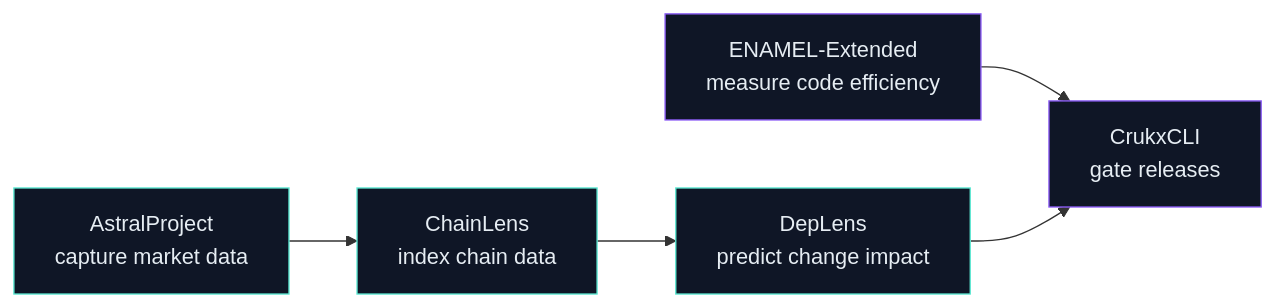
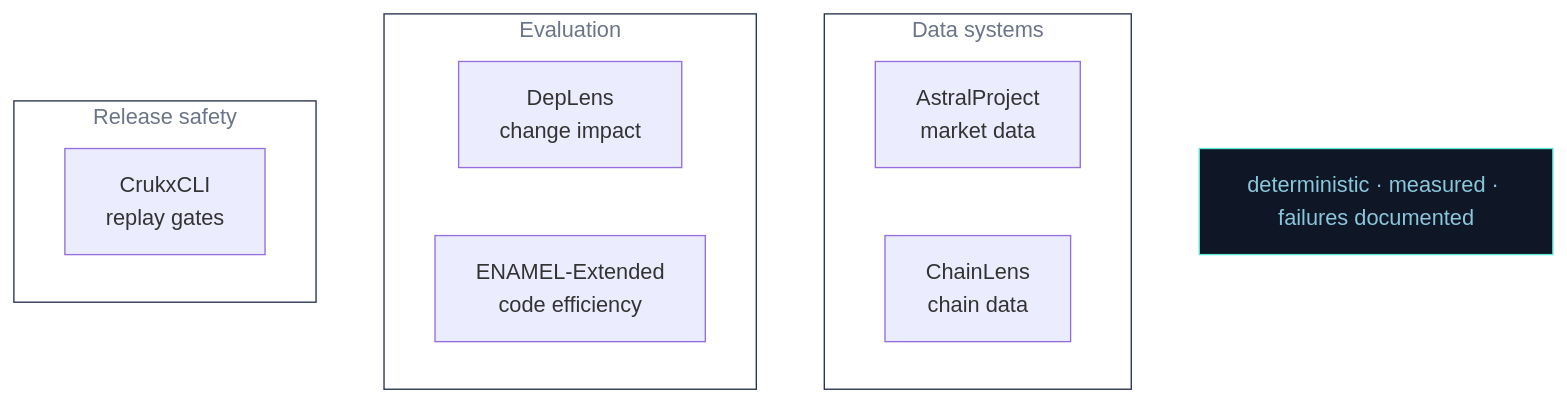
Before and after one commit to VarunGore36/VarunGore36: the first of 7 diagrams in README.md, drawn with Mermaid. The commit also changed other lines of this file, not shown here.

Commit message:
Independent projects diagram, no inter-project pipeline

````diff
--- a/README.md
+++ b/README.md
@@ -19,12 +21,19 @@
 ```mermaid
-flowchart LR
-    A[AstralProject<br/>capture market data] --> B[ChainLens<br/>index chain data]
-    B --> C[DepLens<br/>predict change impact]
-    D[ENAMEL-Extended<br/>measure code efficiency] --> E[CrukxCLI<br/>gate releases]
-    C --> E
-    style A fill:#0f1626,stroke:#5eead4,color:#e6edf3
-    style B fill:#0f1626,stroke:#5eead4,color:#e6edf3
-    style C fill:#0f1626,stroke:#5eead4,color:#e6edf3
-    style D fill:#0f1626,stroke:#8b5cf6,color:#e6edf3
-    style E fill:#0f1626,stroke:#8b5cf6,color:#e6edf3
+flowchart TB
+    subgraph DATA["Data systems"]
+        A[AstralProject<br/>market data]
+        B[ChainLens<br/>chain data]
+    end
+    subgraph EVAL["Evaluation"]
+        C[DepLens<br/>change impact]
+        D[ENAMEL-Extended<br/>code efficiency]
+    end
+    subgraph REL["Release safety"]
+        E[CrukxCLI<br/>replay gates]
+    end
+    S[deterministic · measured · failures documented]
+    style S fill:#0f1626,stroke:#5eead4,color:#8ac7db
+    style DATA fill:transparent,stroke:#2a3350,color:#6b7488
+    style EVAL fill:transparent,stroke:#2a3350,color:#6b7488
+    style REL fill:transparent,stroke:#2a3350,color:#6b7488
 ```
````
